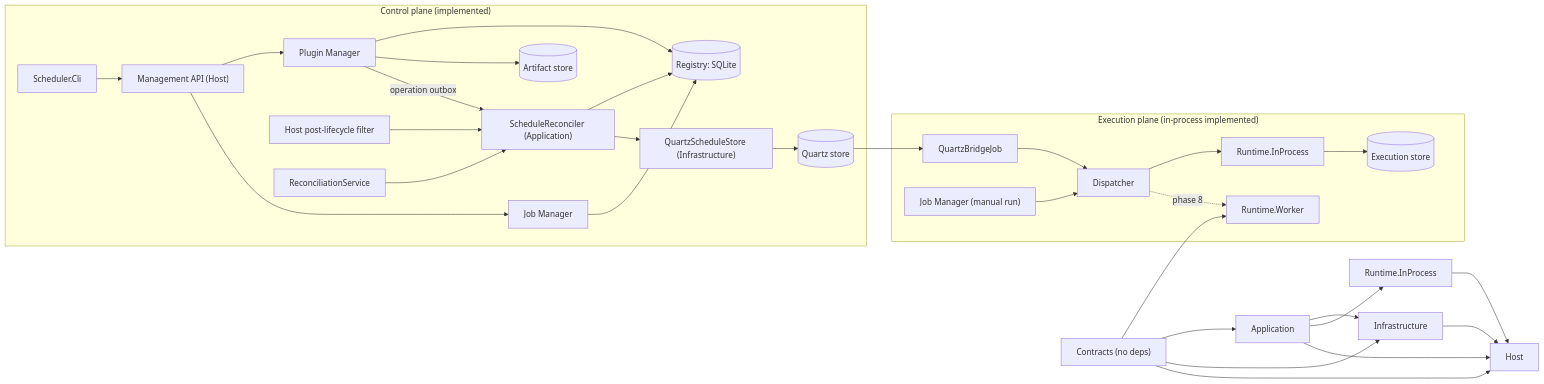
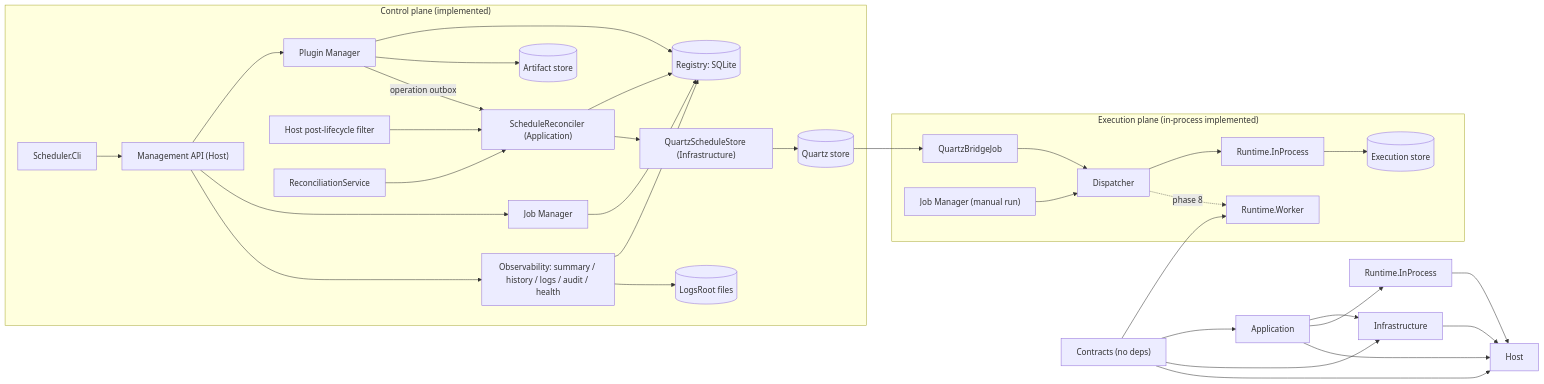
One commit to nicknad/job-scheduler changed the sixth of 6 diagrams in docs/graphs/plugin-workflows.md. Above: the diagram before and after it, drawn with Mermaid. The commit also changed other lines of this file and 66 other files, not shown here.

````diff
--- a/docs/graphs/plugin-workflows.md
+++ b/docs/graphs/plugin-workflows.md
@@ -133,34 +175,37 @@
 ```mermaid
 flowchart LR
   subgraph Ctrl["Control plane (implemented)"]
     CLI["Scheduler.Cli"] --> API["Management API (Host)"]
     API --> PM["Plugin Manager"]
     API --> JM["Job Manager"]
     PM --> REG[("Registry: SQLite")]
     JM --> REG
     PM --> ART[("Artifact store")]
     FILTER["Host post-lifecycle filter"] --> RECON
     PERIODIC["ReconciliationService"] --> RECON
     RECON["ScheduleReconciler (Application)"] --> REG
     RECON --> STORE["IScheduleStore"]
     STORE["QuartzScheduleStore (Infrastructure)"] --> QZ[("Quartz store")]
+    API --> OBS["Observability: summary / history / logs / audit / health"]
+    OBS --> REG
+    OBS --> LOGS[("LogsRoot files")]
   end
   subgraph Exe["Execution plane (in-process implemented)"]
     QZ --> BRIDGE["QuartzBridgeJob"]
     BRIDGE --> DISP["Dispatcher"]
     RUN["Job Manager (manual run)"] --> DISP
     DISP --> RT["Runtime.InProcess"]
     DISP -. "phase 8" .-> RWK["Runtime.Worker"]
     RT --> EXC[("Execution store")]
   end
   PM -- "operation outbox" --> RECON
   CON["Contracts (no deps)"] --> APP["Application"]
   APP --> INF["Infrastructure"]
   CON --> INF
   APP --> RIP["Runtime.InProcess"]
   CON --> RWK
   APP --> HOST["Host"]
   INF --> HOST
   RIP --> HOST
   CON --> HOST
 ```
````
